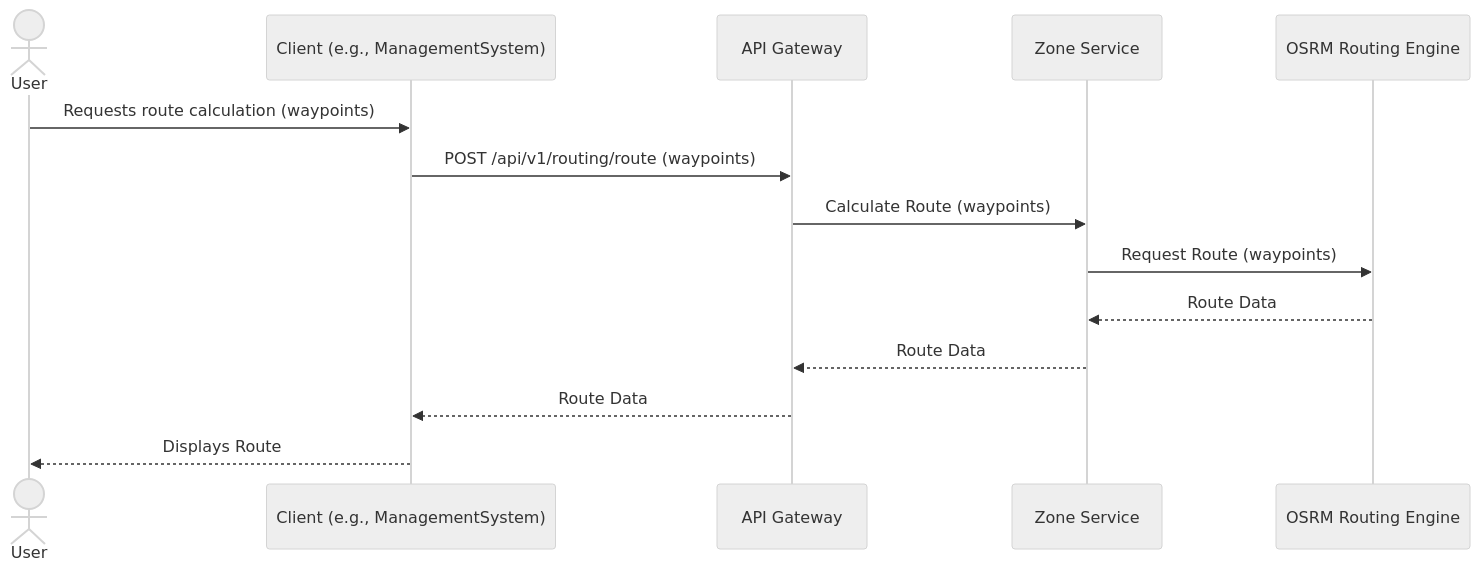
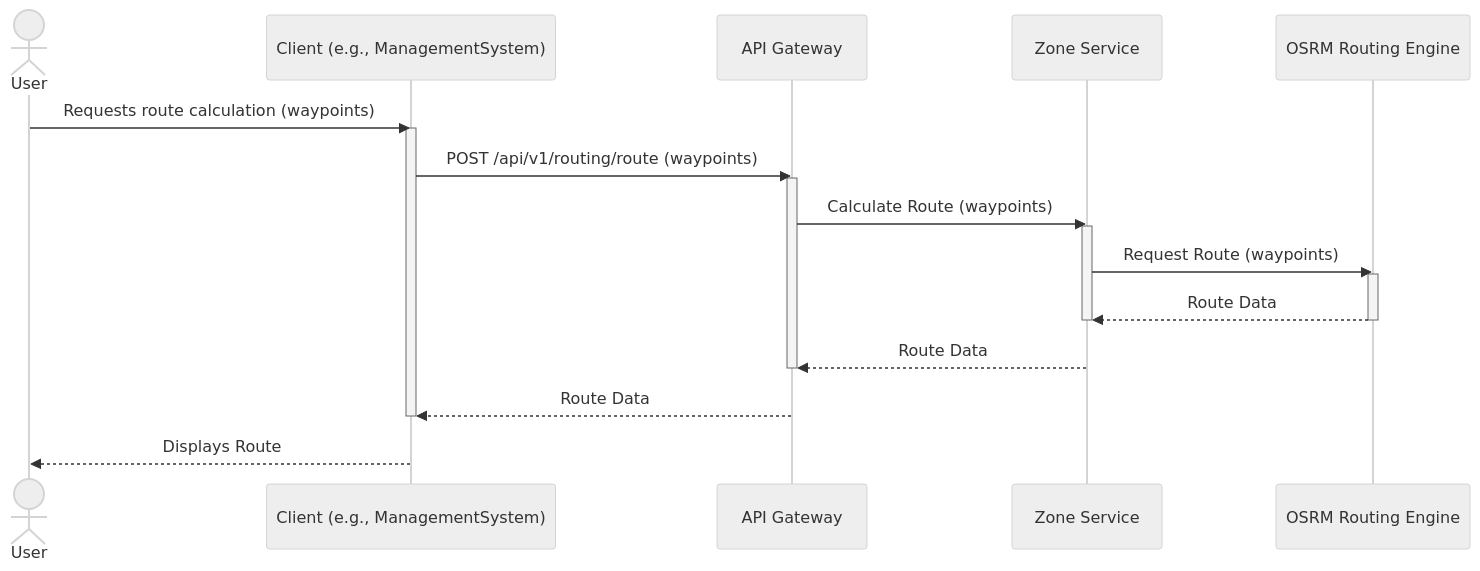
Before and after one commit to hungdev11/Delivery-Coodinating-System-And-Delivery-App: the third of 3 diagrams in reports/2_BACKEND/7_ZONE_SERVICE.md, drawn with Mermaid (neutral theme). The commit also changed 11 other files, not shown here.

Commit message:
add processing bar for sequence diagram

````diff
--- a/reports/2_BACKEND/7_ZONE_SERVICE.md
+++ b/reports/2_BACKEND/7_ZONE_SERVICE.md
@@ -118,17 +118,25 @@
 ```mermaid
 sequenceDiagram
     actor User
     participant Client as Client (e.g., ManagementSystem)
     participant APIGateway as API Gateway
     participant ZoneService as Zone Service
     participant OSRM as OSRM Routing Engine
 
     User->>Client: Requests route calculation (waypoints)
+    activate Client
     Client->>APIGateway: POST /api/v1/routing/route (waypoints)
+    activate APIGateway
     APIGateway->>ZoneService: Calculate Route (waypoints)
+    activate ZoneService
     ZoneService->>OSRM: Request Route (waypoints)
+    activate OSRM
     OSRM-->>ZoneService: Route Data
+    deactivate OSRM
+    deactivate ZoneService
     ZoneService-->>APIGateway: Route Data
+    deactivate APIGateway
     APIGateway-->>Client: Route Data
+    deactivate Client
     Client-->>User: Displays Route
 ```
````
